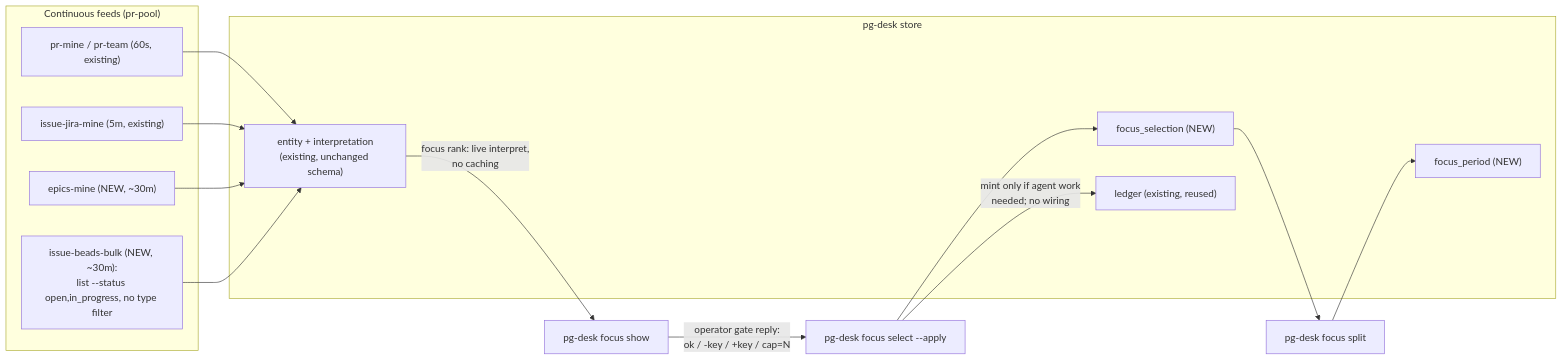
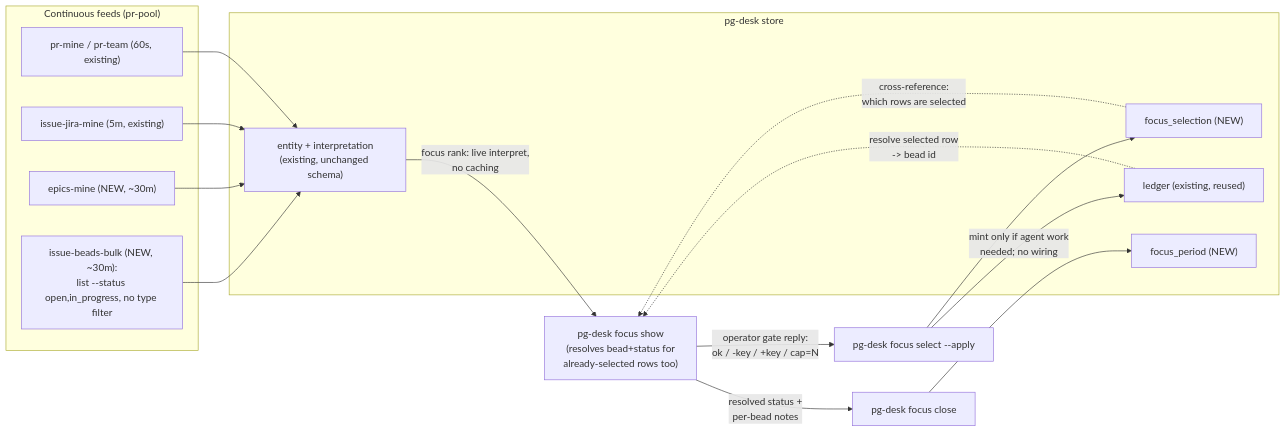
Before and after one commit to phillipgreenii/nix-agent-support: the diagram in docs/superpowers/specs/2026-09-23-daily-focus-store-first-design.md, drawn with Mermaid. The commit also changed other lines of this file, not shown here.

First line of the commit message:
docs: fold focus split into focus show (D-F9)

````diff
--- a/docs/superpowers/specs/2026-09-23-daily-focus-store-first-design.md
+++ b/docs/superpowers/specs/2026-09-23-daily-focus-store-first-design.md
@@ -51,25 +52,27 @@
 ```mermaid
 flowchart LR
     subgraph feeds["Continuous feeds (pr-pool)"]
         F1["pr-mine / pr-team (60s, existing)"]
         F2["issue-jira-mine (5m, existing)"]
         F3["epics-mine (NEW, ~30m)"]
         F4["issue-beads-bulk (NEW, ~30m):\nlist --status open,in_progress, no type filter"]
     end
     subgraph store["pg-desk store"]
         E["entity + interpretation\n(existing, unchanged schema)"]
         FS["focus_selection (NEW)"]
         FP["focus_period (NEW)"]
         L["ledger (existing, reused)"]
     end
     F1 --> E
     F2 --> E
     F3 --> E
     F4 --> E
-    E -->|"focus rank: live interpret,\nno caching"| SHOW["pg-desk focus show"]
+    E -->|"focus rank: live interpret,\nno caching"| SHOW["pg-desk focus show\n(resolves bead+status for\nalready-selected rows too)"]
+    FS -.->|"cross-reference:\nwhich rows are selected"| SHOW
+    L -.->|"resolve selected row\n-> bead id"| SHOW
     SHOW -->|"operator gate reply:\nok / -key / +key / cap=N"| SELECT["pg-desk focus select --apply"]
     SELECT --> FS
     SELECT -->|"mint only if agent work\nneeded; no wiring"| L
-    FS --> SPLIT["pg-desk focus split"]
-    SPLIT --> FP
+    SHOW -->|"resolved status +\nper-bead notes"| CLOSE["pg-desk focus close"]
+    CLOSE --> FP
 ```
````
